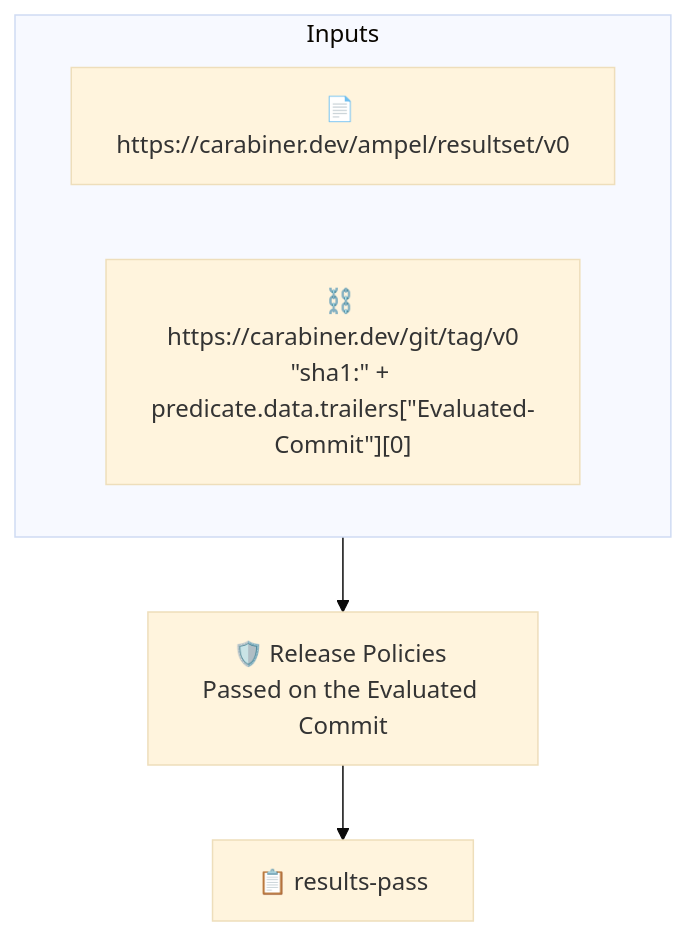
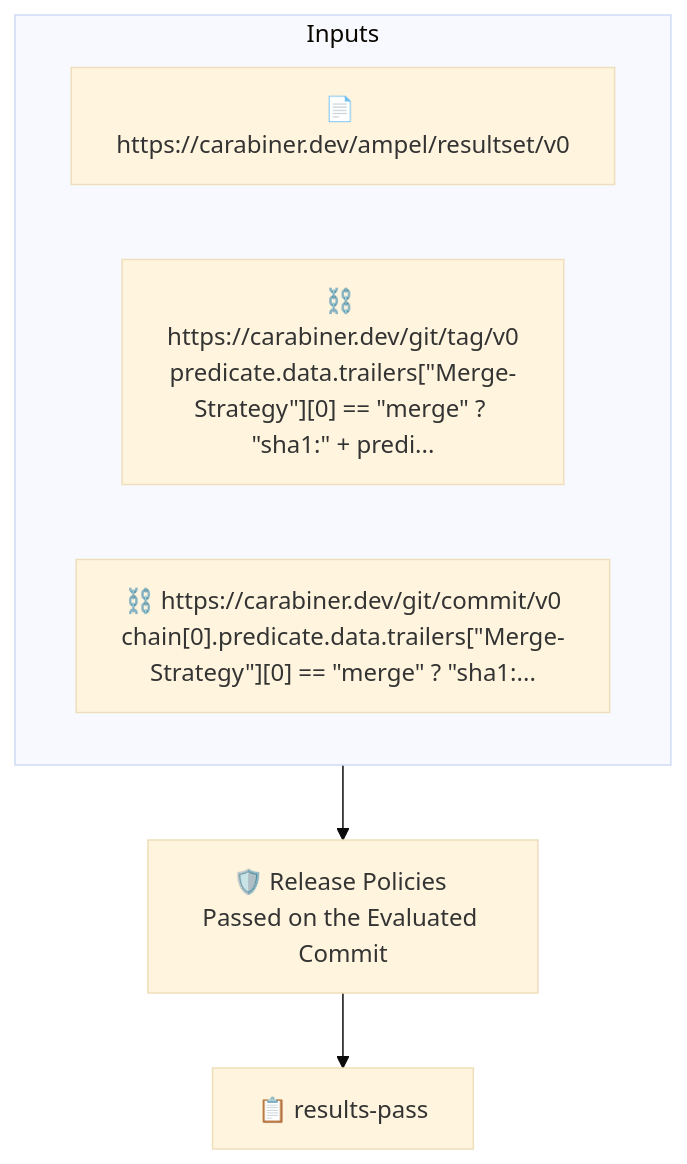
One commit to carabiner-dev/policies changed the diagram in release/release-evaluated-commit-passed.md. Above: the diagram before and after it, drawn with Mermaid (base theme). The commit also changed other lines of this file and 19 other files, not shown here.

First line of the commit message:
Derive the evaluated commit from git, and check both trees

````diff
--- a/release/release-evaluated-commit-passed.md
+++ b/release/release-evaluated-commit-passed.md
@@ -32,10 +35,11 @@
 ```mermaid
 flowchart TD
     subgraph inputs["Inputs"]
         A0["📄 https://carabiner.dev/ampel/resultset/v0"]
-        L0["⛓️ https://carabiner.dev/git/tag/v0<br/>#quot;sha1:#quot; + predicate.data.trailers[#quot;Evaluated-Commit#quot;][0]"]
+        L0["⛓️ https://carabiner.dev/git/tag/v0<br/>predicate.data.trailers[#quot;Merge-Strategy#quot;][0] == #quot;merge#quot; ? #quot;sha1:#quot; + predi..."]
+        L1["⛓️ https://carabiner.dev/git/commit/v0<br/>chain[0].predicate.data.trailers[#quot;Merge-Strategy#quot;][0] == #quot;merge#quot; ? #quot;sha1:..."]
     end
     P["🛡️ Release Policies Passed on the Evaluated Commit"]
     inputs --> P
     P --> P_T0["📋 results-pass"]
 ```
````
